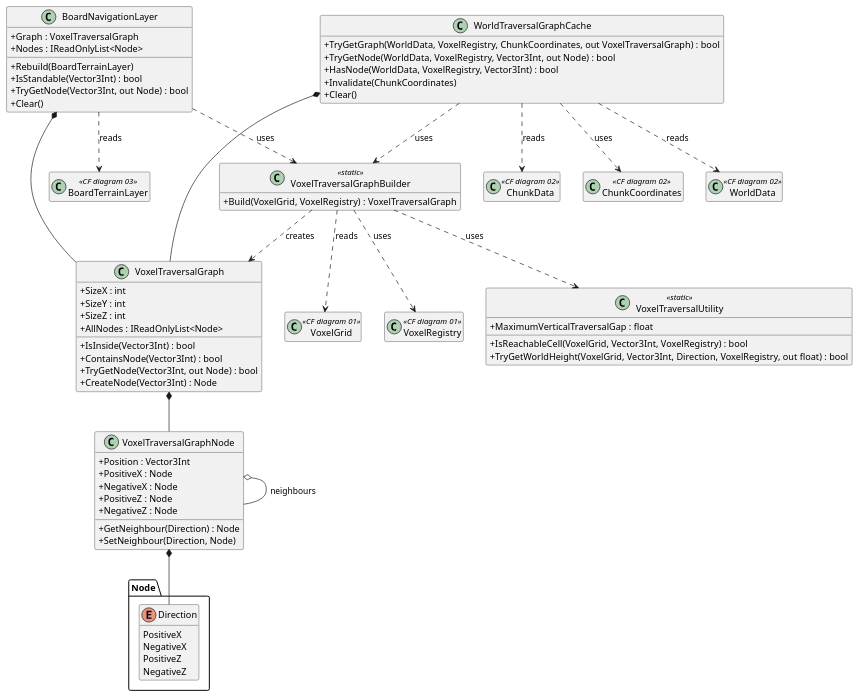
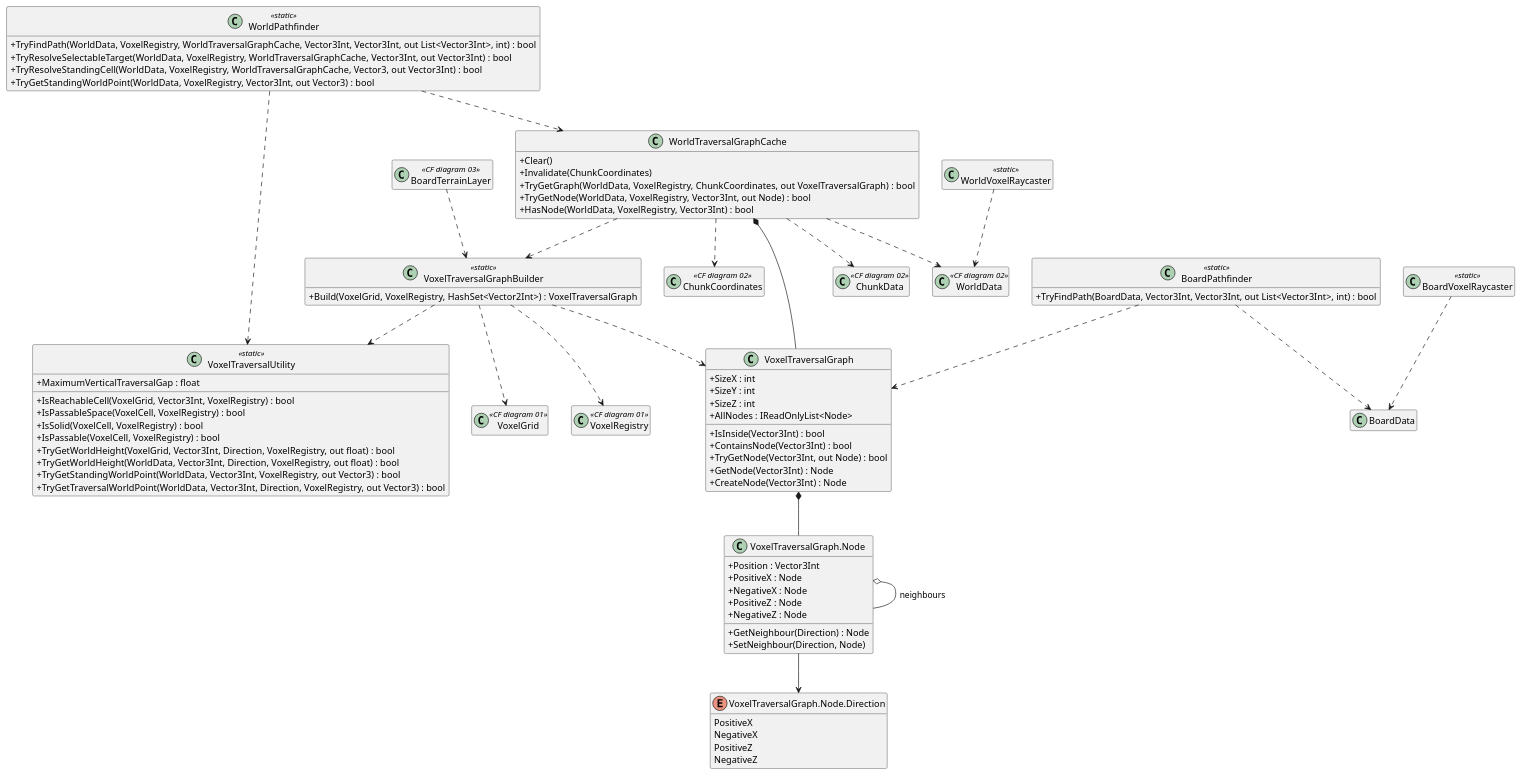
The diagram in Architecture/diagrams/03b_navigation.puml (EreliaStudio/Erelia), drawn with PlantUML before and after one commit. The commit also changed 187 other files, not shown here.

```diff
--- a/Architecture/diagrams/03b_navigation.puml
+++ b/Architecture/diagrams/03b_navigation.puml
@@ -1,84 +1,101 @@
 @startuml Navigation System
 
 skinparam classAttributeIconSize 0
+skinparam shadowing false
 hide empty members
 
 class VoxelGrid <<CF diagram 01>> {}
 class VoxelRegistry <<CF diagram 01>> {}
 class ChunkData <<CF diagram 02>> {}
 class ChunkCoordinates <<CF diagram 02>> {}
 class WorldData <<CF diagram 02>> {}
 class BoardTerrainLayer <<CF diagram 03>> {}
 
-enum "Node.Direction" {
+enum "VoxelTraversalGraph.Node.Direction" as GraphDirection {
   PositiveX
   NegativeX
   PositiveZ
   NegativeZ
 }
 
-class VoxelTraversalGraphNode {
+class "VoxelTraversalGraph.Node" as VoxelTraversalGraphNode {
   +Position : Vector3Int
   +PositiveX : Node
   +NegativeX : Node
   +PositiveZ : Node
   +NegativeZ : Node
   +GetNeighbour(Direction) : Node
   +SetNeighbour(Direction, Node)
 }
 
 class VoxelTraversalGraph {
   +SizeX : int
   +SizeY : int
   +SizeZ : int
   +AllNodes : IReadOnlyList<Node>
   +IsInside(Vector3Int) : bool
   +ContainsNode(Vector3Int) : bool
   +TryGetNode(Vector3Int, out Node) : bool
+  +GetNode(Vector3Int) : Node
   +CreateNode(Vector3Int) : Node
 }
 
 class VoxelTraversalGraphBuilder <<static>> {
-  +Build(VoxelGrid, VoxelRegistry) : VoxelTraversalGraph
+  +Build(VoxelGrid, VoxelRegistry, HashSet<Vector2Int>) : VoxelTraversalGraph
 }
 
 class VoxelTraversalUtility <<static>> {
   +MaximumVerticalTraversalGap : float
   +IsReachableCell(VoxelGrid, Vector3Int, VoxelRegistry) : bool
+  +IsPassableSpace(VoxelCell, VoxelRegistry) : bool
+  +IsSolid(VoxelCell, VoxelRegistry) : bool
+  +IsPassable(VoxelCell, VoxelRegistry) : bool
   +TryGetWorldHeight(VoxelGrid, Vector3Int, Direction, VoxelRegistry, out float) : bool
+  +TryGetWorldHeight(WorldData, Vector3Int, Direction, VoxelRegistry, out float) : bool
+  +TryGetStandingWorldPoint(WorldData, Vector3Int, VoxelRegistry, out Vector3) : bool
+  +TryGetTraversalWorldPoint(WorldData, Vector3Int, Direction, VoxelRegistry, out Vector3) : bool
 }
 
 class WorldTraversalGraphCache {
+  +Clear()
+  +Invalidate(ChunkCoordinates)
   +TryGetGraph(WorldData, VoxelRegistry, ChunkCoordinates, out VoxelTraversalGraph) : bool
   +TryGetNode(WorldData, VoxelRegistry, Vector3Int, out Node) : bool
   +HasNode(WorldData, VoxelRegistry, Vector3Int) : bool
-  +Invalidate(ChunkCoordinates)
-  +Clear()
 }
 
-class BoardNavigationLayer {
-  +Graph : VoxelTraversalGraph
-  +Nodes : IReadOnlyList<Node>
-  +Rebuild(BoardTerrainLayer)
-  +IsStandable(Vector3Int) : bool
-  +TryGetNode(Vector3Int, out Node) : bool
-  +Clear()
+class WorldPathfinder <<static>> {
+  +TryFindPath(WorldData, VoxelRegistry, WorldTraversalGraphCache, Vector3Int, Vector3Int, out List<Vector3Int>, int) : bool
+  +TryResolveSelectableTarget(WorldData, VoxelRegistry, WorldTraversalGraphCache, Vector3Int, out Vector3Int) : bool
+  +TryResolveStandingCell(WorldData, VoxelRegistry, WorldTraversalGraphCache, Vector3, out Vector3Int) : bool
+  +TryGetStandingWorldPoint(WorldData, VoxelRegistry, Vector3Int, out Vector3) : bool
 }
 
+class BoardPathfinder <<static>> {
+  +TryFindPath(BoardData, Vector3Int, Vector3Int, out List<Vector3Int>, int) : bool
+}
+
+class BoardVoxelRaycaster <<static>>
+class WorldVoxelRaycaster <<static>>
+
 VoxelTraversalGraph *-- VoxelTraversalGraphNode
-VoxelTraversalGraphNode *-- "Node.Direction"
+VoxelTraversalGraphNode --> GraphDirection
 VoxelTraversalGraphNode o-- VoxelTraversalGraphNode : neighbours
-VoxelTraversalGraphBuilder ..> VoxelTraversalGraph : creates
-VoxelTraversalGraphBuilder ..> VoxelGrid : reads
-VoxelTraversalGraphBuilder ..> VoxelRegistry : uses
-VoxelTraversalGraphBuilder ..> VoxelTraversalUtility : uses
+VoxelTraversalGraphBuilder ..> VoxelTraversalGraph
+VoxelTraversalGraphBuilder ..> VoxelGrid
+VoxelTraversalGraphBuilder ..> VoxelRegistry
+VoxelTraversalGraphBuilder ..> VoxelTraversalUtility
 WorldTraversalGraphCache *-- VoxelTraversalGraph
-WorldTraversalGraphCache ..> VoxelTraversalGraphBuilder : uses
-WorldTraversalGraphCache ..> WorldData : reads
-WorldTraversalGraphCache ..> ChunkCoordinates : uses
-WorldTraversalGraphCache ..> ChunkData : reads
-BoardNavigationLayer *-- VoxelTraversalGraph
-BoardNavigationLayer ..> VoxelTraversalGraphBuilder : uses
-BoardNavigationLayer ..> BoardTerrainLayer : reads
+WorldTraversalGraphCache ..> WorldData
+WorldTraversalGraphCache ..> ChunkCoordinates
+WorldTraversalGraphCache ..> ChunkData
+WorldTraversalGraphCache ..> VoxelTraversalGraphBuilder
+WorldPathfinder ..> WorldTraversalGraphCache
+WorldPathfinder ..> VoxelTraversalUtility
+BoardPathfinder ..> BoardData
+BoardPathfinder ..> VoxelTraversalGraph
+BoardTerrainLayer ..> VoxelTraversalGraphBuilder
+BoardVoxelRaycaster ..> BoardData
+WorldVoxelRaycaster ..> WorldData
 
 @enduml
```
